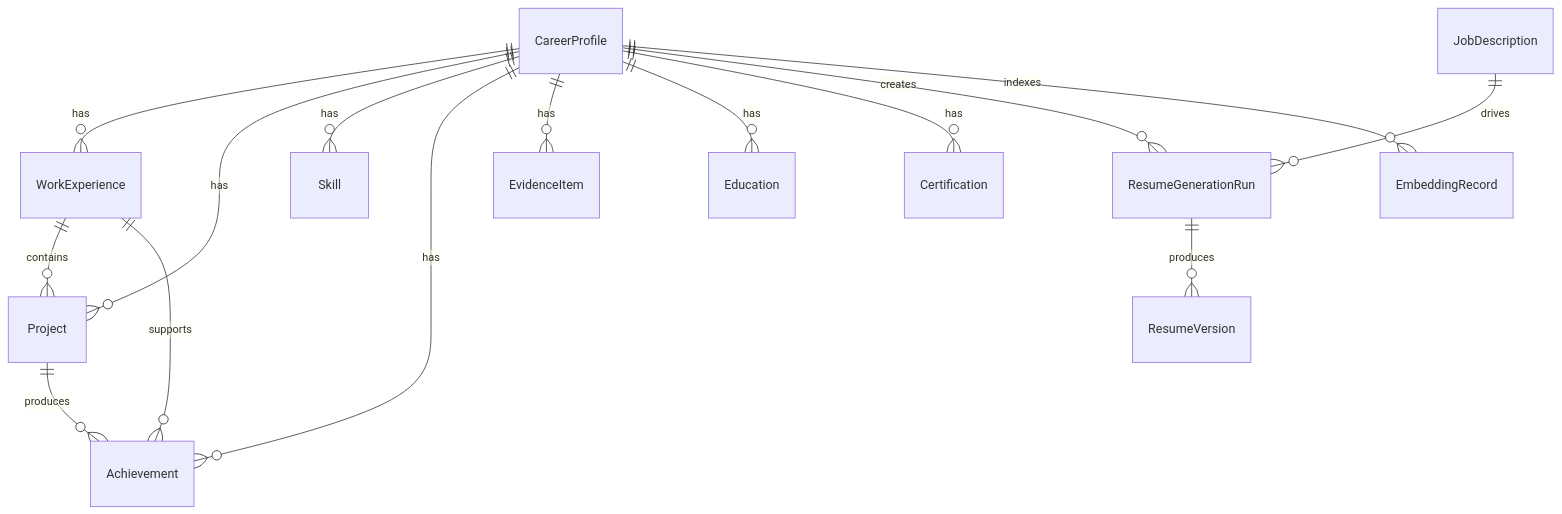
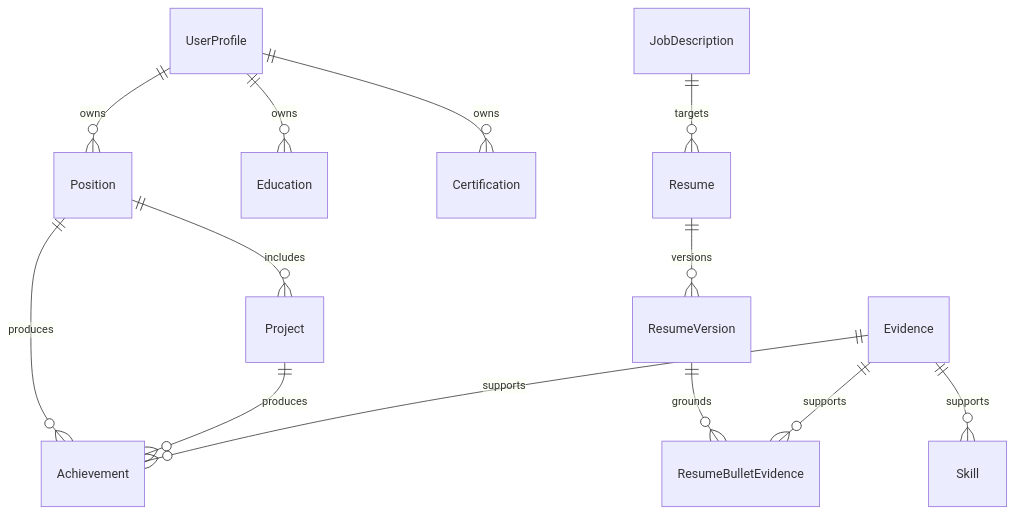
The diagram in docs/03-data-model.md (solki/cv-master), drawn with Mermaid before and after one commit. The commit also changed other lines of this file and 9 other files, not shown here.

````diff
--- a/docs/03-data-model.md
+++ b/docs/03-data-model.md
@@ -231,17 +233,15 @@
 ```mermaid
 erDiagram
-  CareerProfile ||--o{ WorkExperience : has
-  CareerProfile ||--o{ Project : has
-  CareerProfile ||--o{ Skill : has
-  CareerProfile ||--o{ Achievement : has
-  CareerProfile ||--o{ EvidenceItem : has
-  CareerProfile ||--o{ Education : has
-  CareerProfile ||--o{ Certification : has
-  CareerProfile ||--o{ ResumeGenerationRun : creates
-  WorkExperience ||--o{ Project : contains
-  WorkExperience ||--o{ Achievement : supports
+  UserProfile ||--o{ Position : owns
+  UserProfile ||--o{ Education : owns
+  UserProfile ||--o{ Certification : owns
+  Position ||--o{ Project : includes
+  Position ||--o{ Achievement : produces
   Project ||--o{ Achievement : produces
-  JobDescription ||--o{ ResumeGenerationRun : drives
-  ResumeGenerationRun ||--o{ ResumeVersion : produces
-  CareerProfile ||--o{ EmbeddingRecord : indexes
+  Evidence ||--o{ Achievement : supports
+  Evidence ||--o{ Skill : supports
+  JobDescription ||--o{ Resume : targets
+  Resume ||--o{ ResumeVersion : versions
+  ResumeVersion ||--o{ ResumeBulletEvidence : grounds
+  Evidence ||--o{ ResumeBulletEvidence : supports
 ```
````
